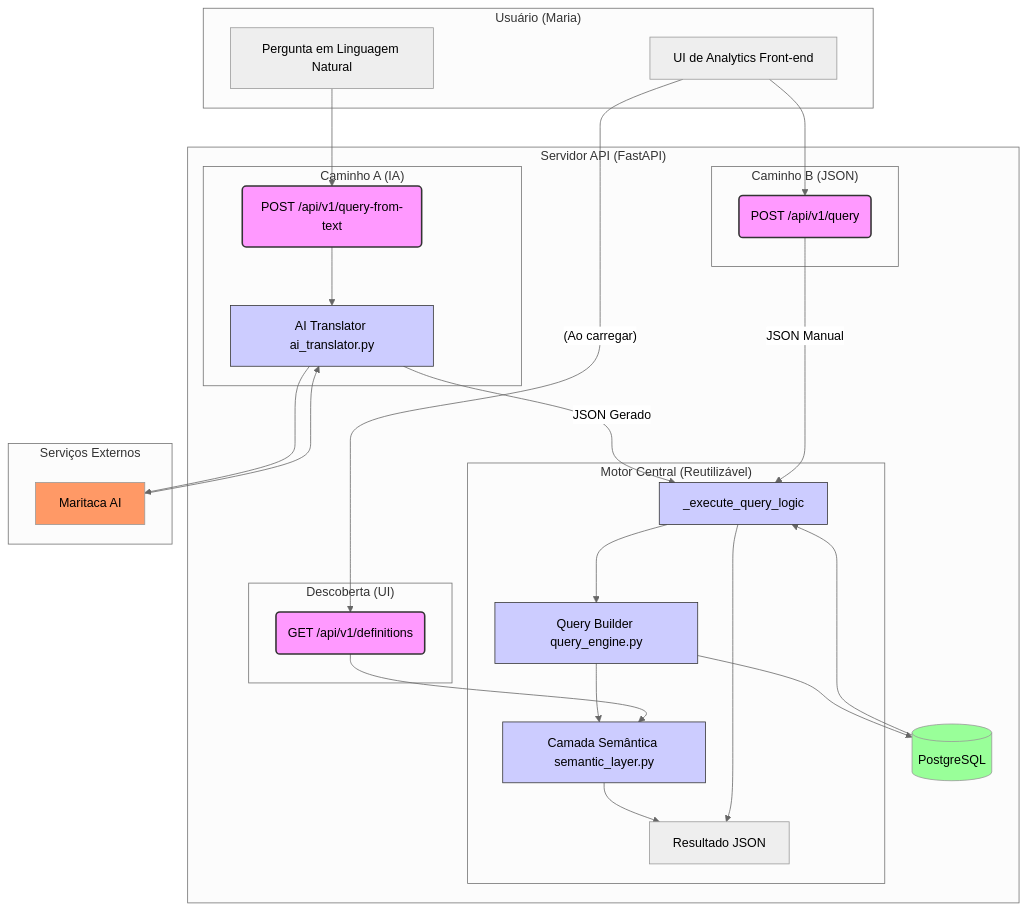
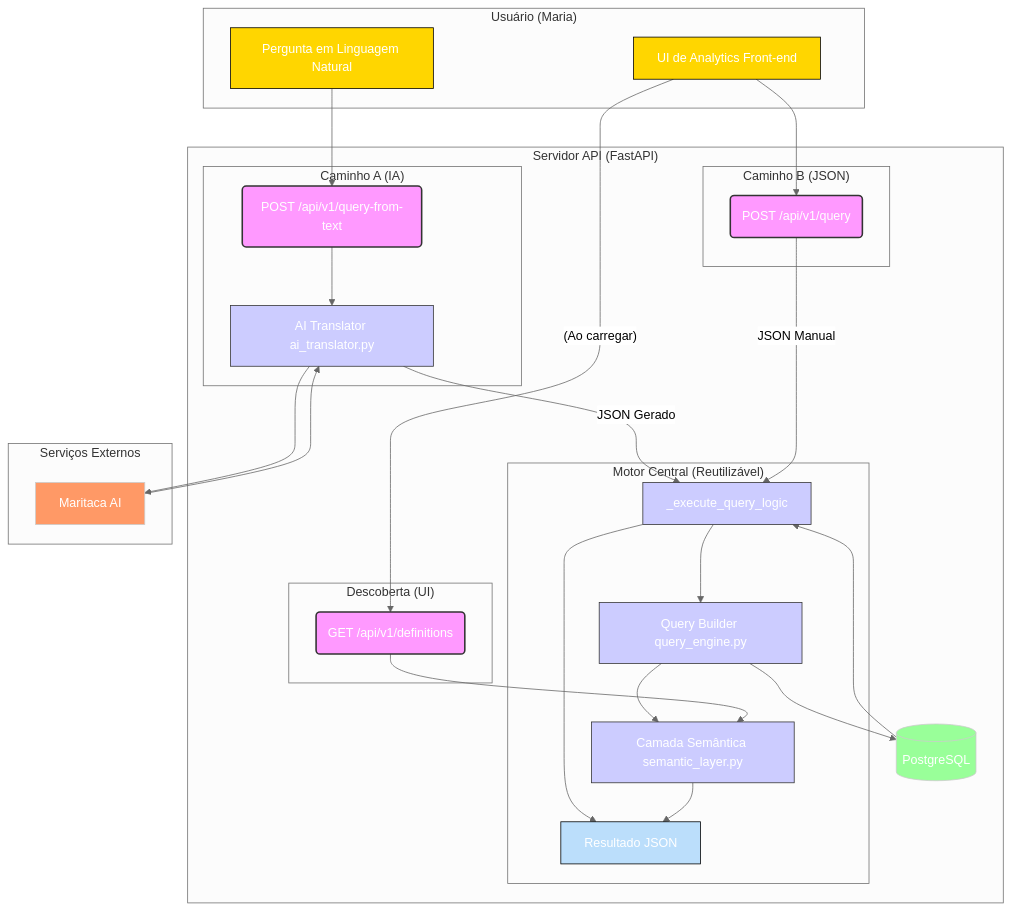
Before and after one commit to iaZe/query-builder: the diagram in README.md, drawn with Mermaid (neutral theme). The commit also changed 1 other file, not shown here.

Commit message:
fix docs: melhorando a legibilidade da documentação

````diff
--- a/README.md
+++ b/README.md
@@ -29,64 +29,66 @@
 ```mermaid
-graph TD
-    subgraph "Usuário (Maria)"
-        U_IA[Pergunta em Linguagem Natural]
-  	  U_UI[UI de Analytics Front-end]
-    end
+flowchart TD
+ subgraph subGraph0["Usuário (Maria)"]
+        U_IA["Pergunta em Linguagem Natural"]
+        U_UI["UI de Analytics Front-end"]
+  end
+ subgraph subGraph1["Caminho A (IA)"]
+        EP_IA("POST /api/v1/query-from-text")
+        AIT["AI Translator ai_translator.py"]
+  end
+ subgraph subGraph2["Caminho B (JSON)"]
+        EP_JSON("POST /api/v1/query")
+  end
+ subgraph subGraph3["Motor Central (Reutilizável)"]
+        LOGIC["_execute_query_logic"]
+        QB["Query Builder query_engine.py"]
+        SEM["Camada Semântica semantic_layer.py"]
+        JSON_OUT["Resultado JSON"]
+  end
+ subgraph subGraph4["Descoberta (UI)"]
+        EP_DEF("GET /api/v1/definitions")
+  end
+ subgraph subGraph5["Servidor API (FastAPI)"]
+        subGraph1
+        subGraph2
+        subGraph3
+        subGraph4
+        DB[("PostgreSQL")]
+  end
+ subgraph subGraph6["Serviços Externos"]
+        MARITACA["Maritaca AI"]
+  end
+    EP_IA --> AIT
+    LOGIC --> QB & JSON_OUT
+    QB --> SEM & DB
+    SEM --> JSON_OUT
+    EP_DEF --> SEM
+    DB --> LOGIC
+    U_IA --> EP_IA
+    AIT --> MARITACA
+    MARITACA --> AIT
+    AIT -- JSON Gerado --> LOGIC
+    U_UI --> EP_JSON
+    EP_JSON -- JSON Manual --> LOGIC
+    U_UI -- (Ao carregar) --> EP_DEF
 
-    subgraph "Servidor API (FastAPI)"
-        subgraph "Caminho A (IA)"
-        	  EP_IA(POST /api/v1/query-from-text)
-        	  AIT[AI Translator ai_translator.py]
-        	  EP_IA --> AIT
-        end
-    	
-    	  subgraph "Caminho B (JSON)"
-        	  EP_JSON(POST /api/v1/query)
-    	  end
-
-    	  subgraph "Motor Central (Reutilizável)"
-        	  LOGIC[_execute_query_logic]
-        	  QB[Query Builder query_engine.py]
-        	  SEM[Camada Semântica semantic_layer.py]
-        	  
-        	  LOGIC -->  QB
-        	  QB --> SEM --> JSON_OUT
-    	  end
-
-    	  subgraph "Descoberta (UI)"
-        	  EP_DEF(GET /api/v1/definitions)
-        	  EP_DEF --> SEM
-    	  end
-
-    	  JSON_OUT[Resultado JSON]
-  	  QB --> DB[(PostgreSQL)]
-  	  DB --> LOGIC
-  	  LOGIC --> JSON_OUT
-    end
-
-    subgraph "Serviços Externos"
-    	  MARITACA[Maritaca AI]
-    end
-
-    %% Definição dos Fluxos
-    U_IA --> EP_IA
-    AIT --> MARITACA
-    MARITACA --> AIT
-    AIT -- JSON Gerado --> LOGIC
-    
-    U_UI --> EP_JSON
-    EP_JSON -- JSON Manual --> LOGIC
-    
-    U_UI -- (Ao carregar) --> EP_DEF
-
-    %% Estilos
-    classDef endpoint fill:#f9f,stroke:#333,stroke-width:2px
-    classDef logic fill:#ccf,stroke:#333
-    classDef external fill:#f96
-    classDef db fill:#9f9
-    
-    class EP_IA,EP_JSON,EP_DEF endpoint
-    class QB,AIT,SEM,LOGIC logic
-    class MARITACA external
-    class DB,CACHE db
+     EP_IA:::endpoint
+     AIT:::logic
+     EP_JSON:::endpoint
+     LOGIC:::logic
+     QB:::logic
+     SEM:::logic
+     EP_DEF:::endpoint
+     DB:::db
+     MARITACA:::external
+    classDef endpoint fill:#f9f,stroke:#333,stroke-width:2px
+    classDef logic fill:#ccf,stroke:#333
+    classDef external fill:#f96
+    classDef db fill:#9f9
+    classDef default fill:#777,stroke:#ccc,color:#fff
+    style U_IA stroke:#000000,fill:#FFD600
+    style U_UI fill:#FFD600,stroke:#000000
+    style QB color:#FFFFFF
+    style SEM color:#FFFFFF
+    style JSON_OUT fill:#BBDEFB,stroke:#000000
 ```
````
